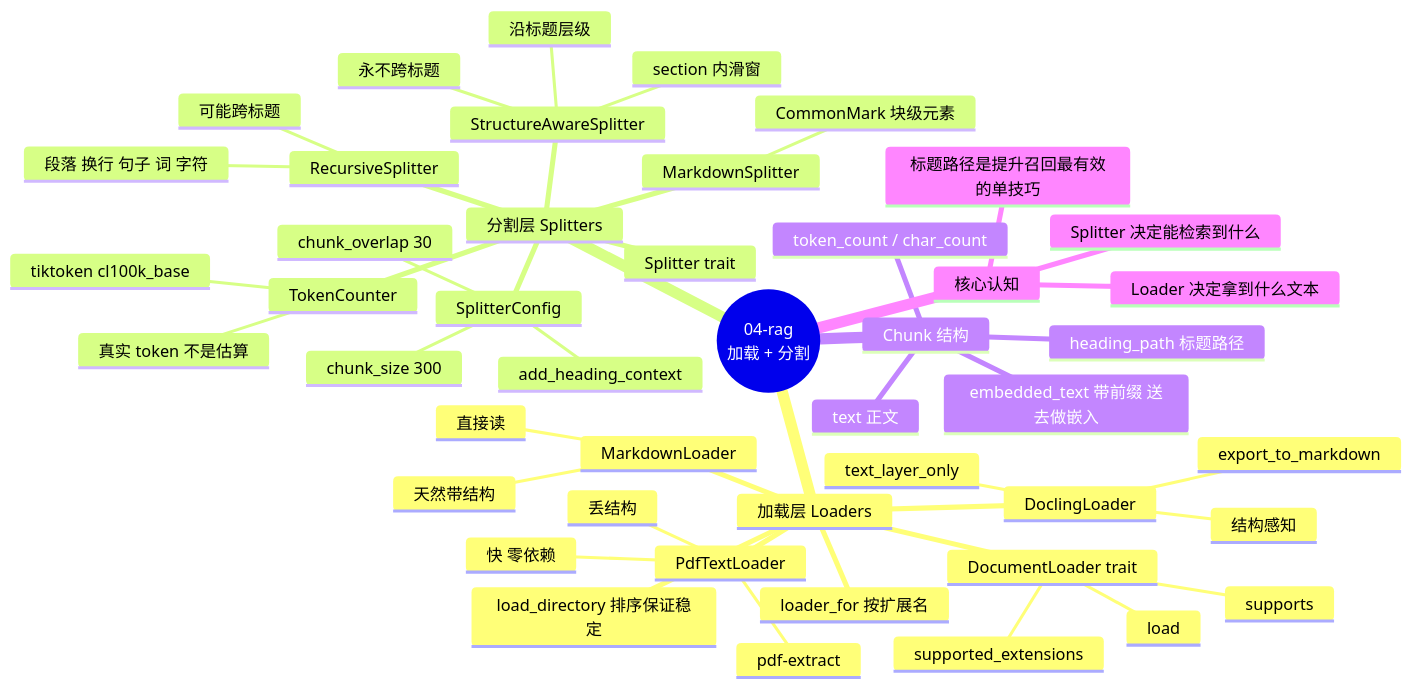
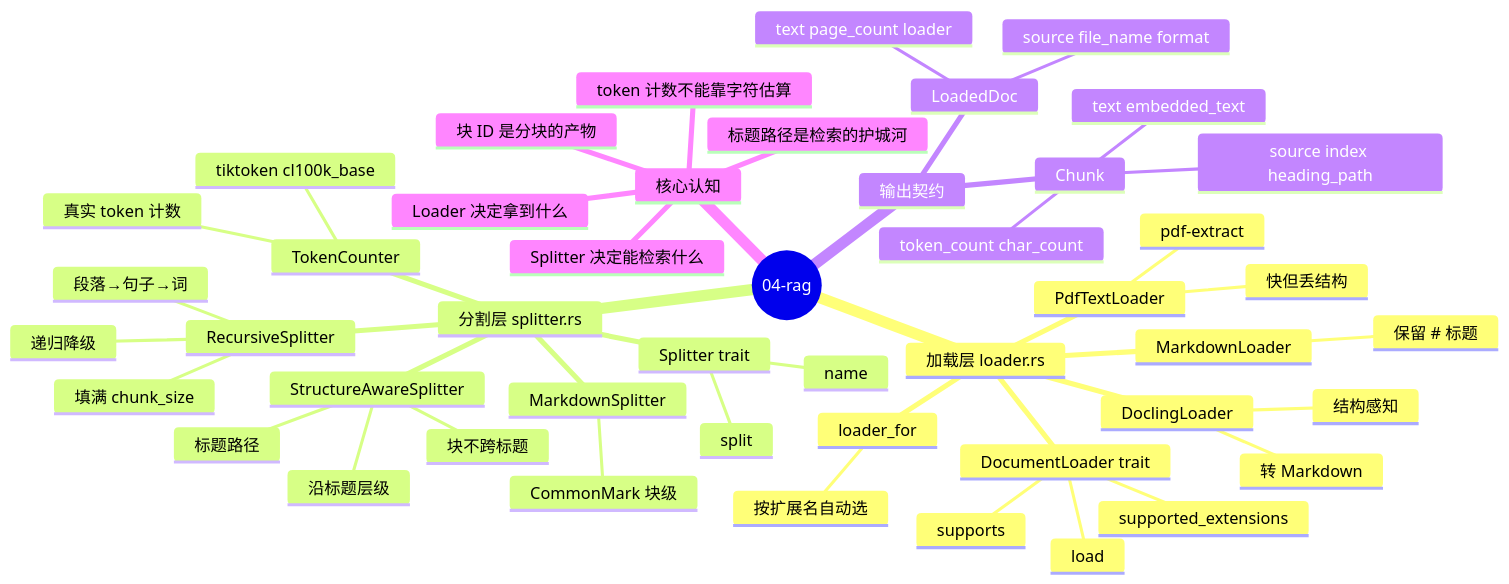
The fifth of 6 diagrams in 04-rag/README.md (heheshang/agent-learn), drawn with Mermaid before and after one commit. The commit also changed other lines of this file and 90 other files, not shown here.

````diff
--- a/04-rag/README.md
+++ b/04-rag/README.md
@@ -181,49 +293,50 @@
 ```mermaid
 mindmap
-  root((04-rag<br/>加载 + 分割))
-    加载层 Loaders
+  root((04-rag))
+    加载层 loader.rs
       DocumentLoader trait
         supported_extensions
         load
         supports
       MarkdownLoader
-        直接读
-        天然带结构
+        保留 # 标题
       PdfTextLoader
         pdf-extract
-        快 零依赖
-        丢结构
+        快但丢结构
       DoclingLoader
-        text_layer_only
-        export_to_markdown
         结构感知
-      loader_for 按扩展名
-      load_directory 排序保证稳定
-    分割层 Splitters
+        转 Markdown
+      loader_for
+        按扩展名自动选
+    分割层 splitter.rs
       Splitter trait
+        name
+        split
       RecursiveSplitter
-        段落 换行 句子 词 字符
-        可能跨标题
+        段落→句子→词
+        递归降级
+        填满 chunk_size
       MarkdownSplitter
-        CommonMark 块级元素
+        CommonMark 块级
       StructureAwareSplitter
         沿标题层级
-        永不跨标题
-        section 内滑窗
-      SplitterConfig
-        chunk_size 300
-        chunk_overlap 30
-        add_heading_context
+        块不跨标题
+        标题路径
       TokenCounter
         tiktoken cl100k_base
-        真实 token 不是估算
-    Chunk 结构
-      heading_path 标题路径
-      text 正文
-      embedded_text 带前缀 送去做嵌入
-      token_count / char_count
+        真实 token 计数
+    输出契约
+      LoadedDoc
+        source file_name format
+        text page_count loader
+      Chunk
+        source index heading_path
+        text embedded_text
+        token_count char_count
     核心认知
-      Loader 决定拿到什么文本
-      Splitter 决定能检索到什么
-      标题路径是提升召回最有效的单技巧
+      Loader 决定拿到什么
+      Splitter 决定能检索什么
+      标题路径是检索的护城河
+      token 计数不能靠字符估算
+      块 ID 是分块的产物
 ```
````
